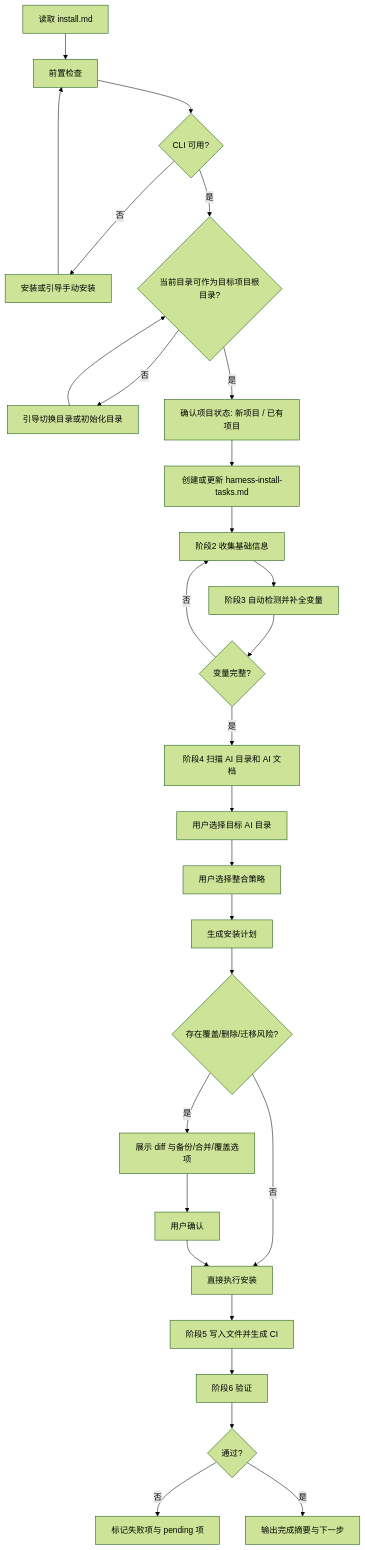
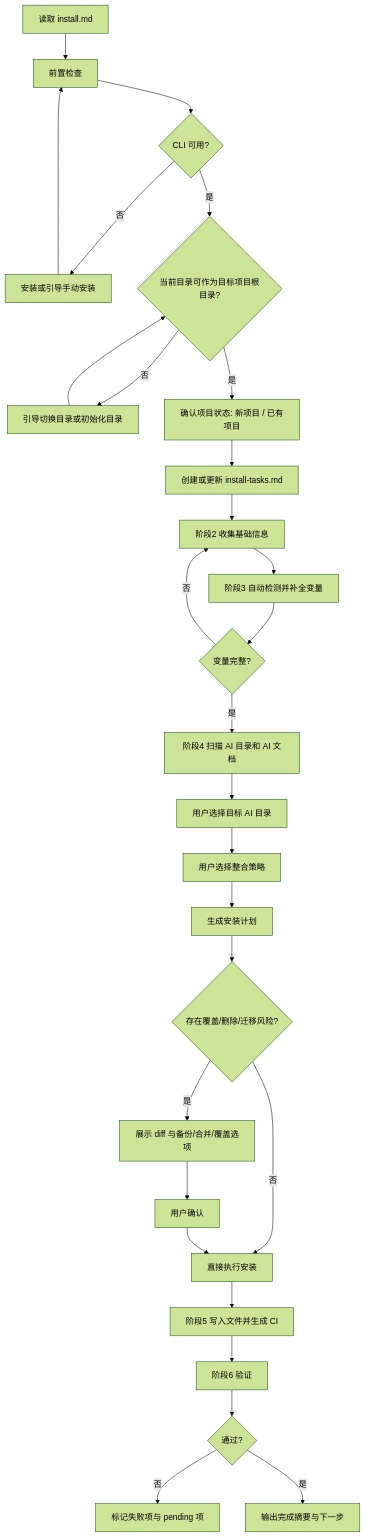
One commit to lihaizhong/communism changed the diagram in openspec-opc/install.md. Above: the diagram before and after it, drawn with Mermaid (forest theme). The commit also changed other lines of this file and 42 other files, not shown here.

````diff
--- a/openspec-opc/install.md
+++ b/openspec-opc/install.md
@@ -322,36 +322,36 @@
 ```mermaid
 flowchart TD
     A[读取 install.md] --> B[前置检查]
     B --> C{CLI 可用?}
     C -- 否 --> C1[安装或引导手动安装]
     C1 --> B
     C -- 是 --> D{当前目录可作为目标项目根目录?}
 
     D -- 否 --> D1[引导切换目录或初始化目录]
     D1 --> D
     D -- 是 --> E[确认项目状态: 新项目 / 已有项目]
 
-    E --> F[创建或更新 harness-install-tasks.md]
+    E --> F[创建或更新 install-tasks.md]
     F --> G[阶段2 收集基础信息]
     G --> H[阶段3 自动检测并补全变量]
 
     H --> I{变量完整?}
     I -- 否 --> G
     I -- 是 --> J[阶段4 扫描 AI 目录和 AI 文档]
 
     J --> K[用户选择目标 AI 目录]
     K --> L[用户选择整合策略]
     L --> M[生成安装计划]
 
     M --> N{存在覆盖/删除/迁移风险?}
     N -- 是 --> O[展示 diff 与备份/合并/覆盖选项]
     O --> P[用户确认]
     N -- 否 --> Q[直接执行安装]
 
     P --> Q
     Q --> R[阶段5 写入文件并生成 CI]
     R --> S[阶段6 验证]
     S --> T{通过?}
     T -- 否 --> U[标记失败项与 pending 项]
     T -- 是 --> V[输出完成摘要与下一步]
 ```
````
